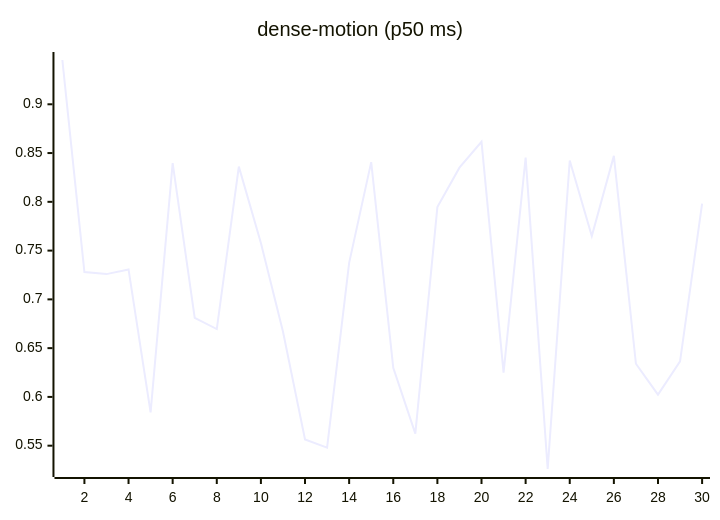
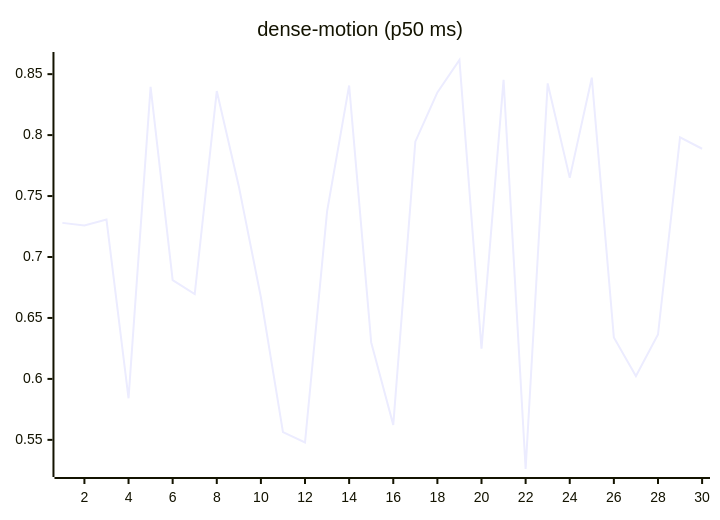
The ninth of 27 diagrams in README.md (josha/Facet), drawn with Mermaid before and after one commit. The commit also changed other lines of this file and 2 other files, not shown here.

````diff
--- a/README.md
+++ b/README.md
@@ -119,6 +119,6 @@
 ```mermaid
 xychart-beta
     title "dense-motion (p50 ms)"
     x-axis 1 --> 30
-    line [0.9454, 0.7280, 0.7259, 0.7307, 0.5841, 0.8396, 0.6811, 0.6696, 0.8361, 0.7579, 0.6670, 0.5564, 0.5479, 0.7374, 0.8407, 0.6299, 0.5623, 0.7946, 0.8350, 0.8616, 0.6249, 0.8453, 0.5261, 0.8424, 0.7649, 0.8471, 0.6340, 0.6023, 0.6364, 0.7981]
+    line [0.7280, 0.7259, 0.7307, 0.5841, 0.8396, 0.6811, 0.6696, 0.8361, 0.7579, 0.6670, 0.5564, 0.5479, 0.7374, 0.8407, 0.6299, 0.5623, 0.7946, 0.8350, 0.8616, 0.6249, 0.8453, 0.5261, 0.8424, 0.7649, 0.8471, 0.6340, 0.6023, 0.6364, 0.7981, 0.7888]
 ```
````
